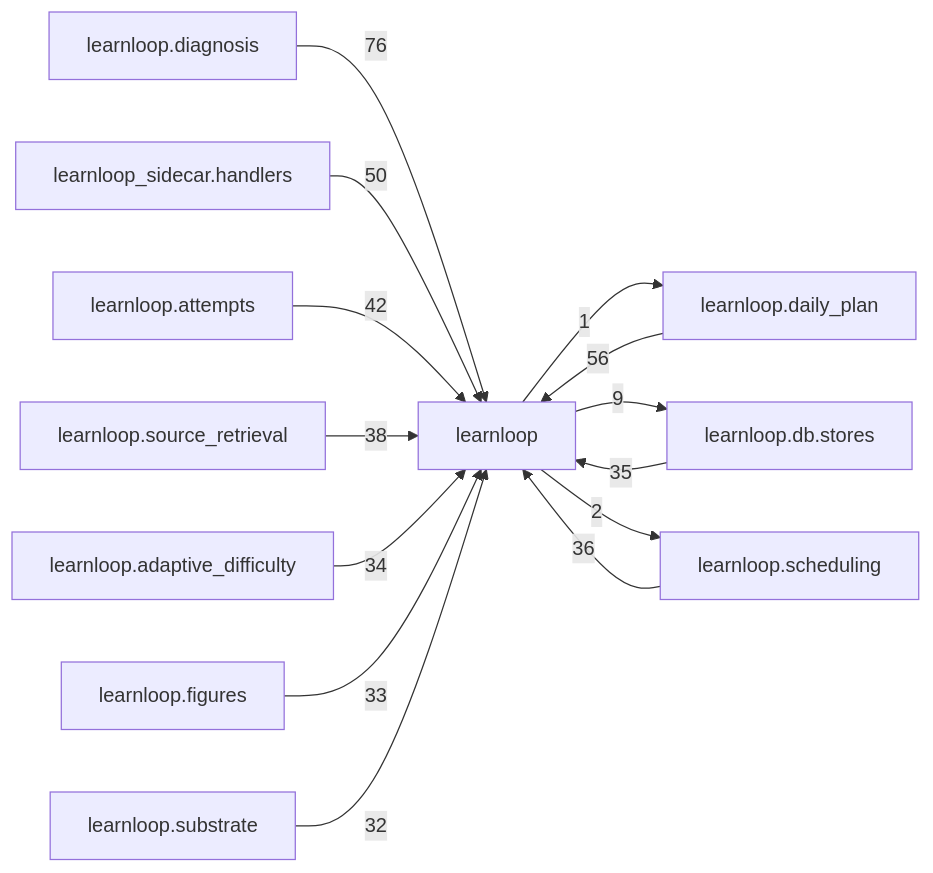
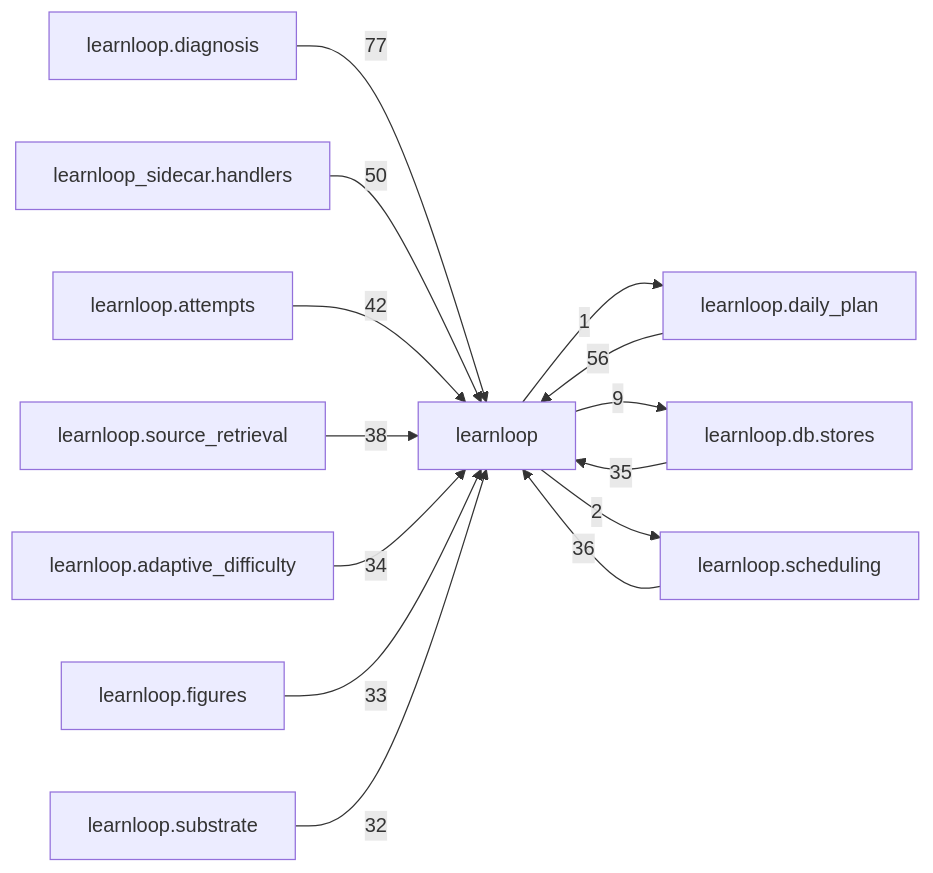
Before and after one commit to 6up-b/learnanything: the diagram in docs/learnloop-architecture-vault/Reference/Modules/learnloop/_package.md, drawn with Mermaid. The commit also changed other lines of this file and 29 other files, not shown here.

````diff
--- a/docs/learnloop-architecture-vault/Reference/Modules/learnloop/_package.md
+++ b/docs/learnloop-architecture-vault/Reference/Modules/learnloop/_package.md
@@ -259,27 +259,27 @@
 ```mermaid
 flowchart LR
     center["learnloop"]
     n_learnloop_diagnosis["learnloop.diagnosis"]
     n_learnloop_daily_plan["learnloop.daily_plan"]
     n_learnloop_sidecar_handlers["learnloop_sidecar.handlers"]
     n_learnloop_db_stores["learnloop.db.stores"]
     n_learnloop_attempts["learnloop.attempts"]
     n_learnloop_scheduling["learnloop.scheduling"]
     n_learnloop_source_retrieval["learnloop.source_retrieval"]
     n_learnloop_adaptive_difficulty["learnloop.adaptive_difficulty"]
     n_learnloop_figures["learnloop.figures"]
     n_learnloop_substrate["learnloop.substrate"]
-    n_learnloop_diagnosis -->|76| center
+    n_learnloop_diagnosis -->|77| center
     n_learnloop_daily_plan -->|56| center
     center -->|1| n_learnloop_daily_plan
     n_learnloop_sidecar_handlers -->|50| center
     n_learnloop_db_stores -->|35| center
     center -->|9| n_learnloop_db_stores
     n_learnloop_attempts -->|42| center
     n_learnloop_scheduling -->|36| center
     center -->|2| n_learnloop_scheduling
     n_learnloop_source_retrieval -->|38| center
     n_learnloop_adaptive_difficulty -->|34| center
     n_learnloop_figures -->|33| center
     n_learnloop_substrate -->|32| center
 ```
````
